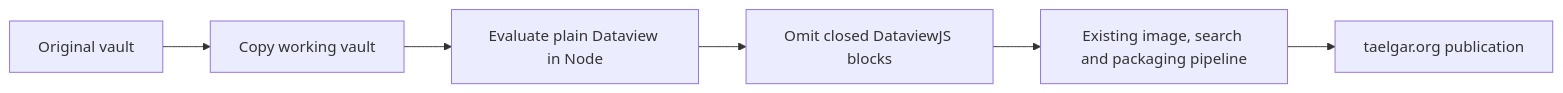
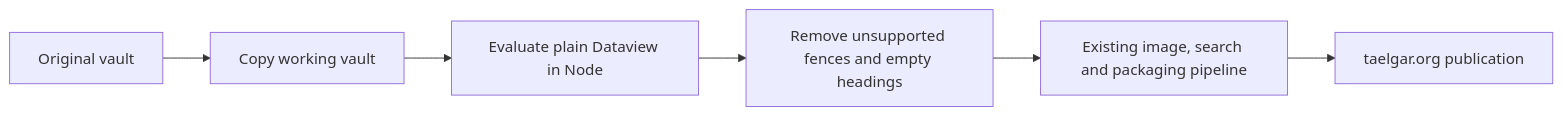
One commit to msackton/taelgarverse-core changed the diagram in docs/publishing-pipelines.md. Above: the diagram before and after it, drawn with Mermaid. The commit also changed other lines of this file and 34 other files, not shown here.

Commit message:
Add event timelines and clean up website Markdown

````diff
--- a/docs/publishing-pipelines.md
+++ b/docs/publishing-pipelines.md
@@ -7,8 +7,8 @@
 ```mermaid
 flowchart LR
     V[Original vault] --> C[Copy working vault]
     C --> D[Evaluate plain Dataview in Node]
-    D --> X[Omit closed DataviewJS blocks]
+    D --> X[Remove unsupported fences and empty headings]
     X --> P[Existing image, search and packaging pipeline]
     P --> N[taelgar.org publication]
 ```
````
